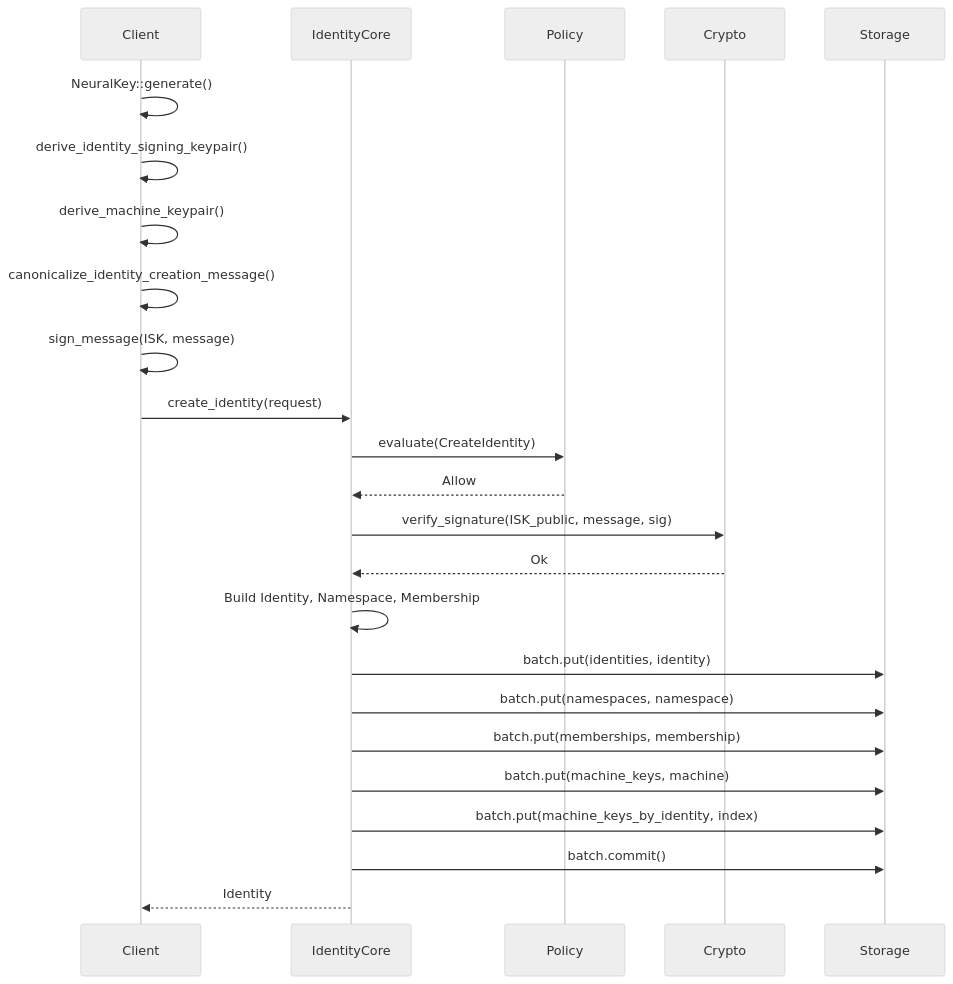
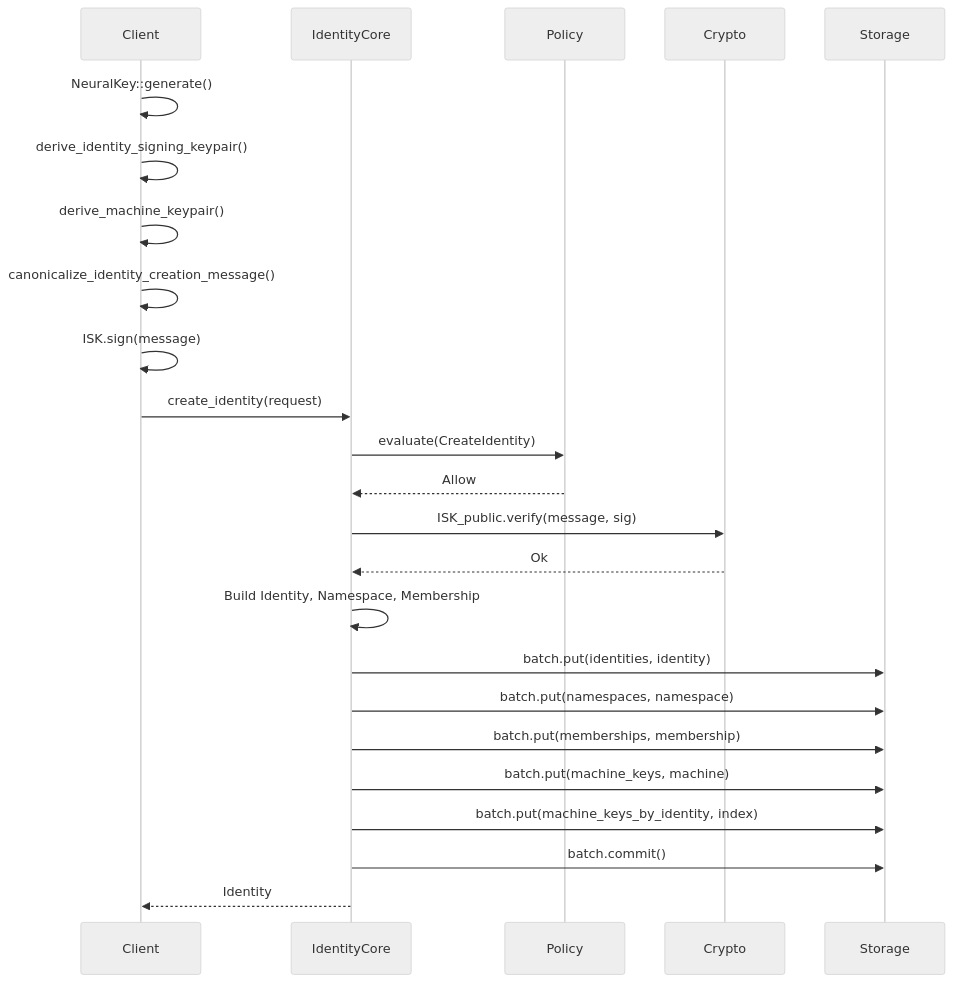
The fifth of 8 diagrams in docs/spec/v0.1.0/04-identity-core.md (cypher-asi/zero-auth), drawn with Mermaid (neutral theme) before and after one commit. The commit also changed other lines of this file and 13 other files, not shown here.

First line of the commit message:
docs: remove Ed25519KeyPair, sign_message, and classical-only references from all documentation to reflect PQ-Hybrid migration

````diff
--- a/docs/spec/v0.1.0/04-identity-core.md
+++ b/docs/spec/v0.1.0/04-identity-core.md
@@ -481,32 +481,32 @@
 ```mermaid
 sequenceDiagram
     participant Client
     participant IdentityCore
     participant Policy
     participant Crypto
     participant Storage
     
     Client->>Client: NeuralKey::generate()
     Client->>Client: derive_identity_signing_keypair()
     Client->>Client: derive_machine_keypair()
     Client->>Client: canonicalize_identity_creation_message()
-    Client->>Client: sign_message(ISK, message)
+    Client->>Client: ISK.sign(message)
     
     Client->>IdentityCore: create_identity(request)
     IdentityCore->>Policy: evaluate(CreateIdentity)
     Policy-->>IdentityCore: Allow
     
-    IdentityCore->>Crypto: verify_signature(ISK_public, message, sig)
+    IdentityCore->>Crypto: ISK_public.verify(message, sig)
     Crypto-->>IdentityCore: Ok
     
     IdentityCore->>IdentityCore: Build Identity, Namespace, Membership
     
     IdentityCore->>Storage: batch.put(identities, identity)
     IdentityCore->>Storage: batch.put(namespaces, namespace)
     IdentityCore->>Storage: batch.put(memberships, membership)
     IdentityCore->>Storage: batch.put(machine_keys, machine)
     IdentityCore->>Storage: batch.put(machine_keys_by_identity, index)
     IdentityCore->>Storage: batch.commit()
     
     IdentityCore-->>Client: Identity
 ```
````
